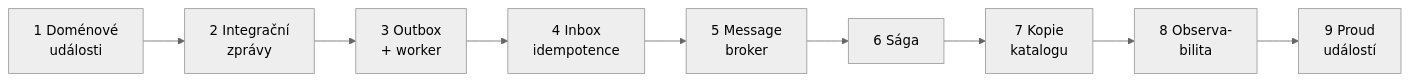
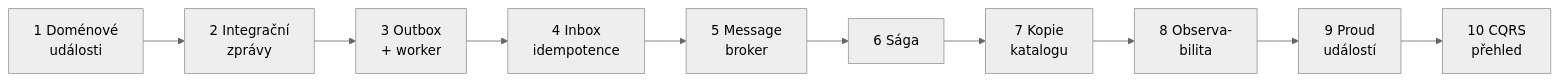
The second of 2 diagrams in docs/prirucka/eda/index.md (ftichy/MiniShop), drawn with Mermaid (neutral theme) before and after one commit. The commit also changed other lines of this file and 38 other files, not shown here.

First line of the commit message:
ESHOP STEP11: přehled tržeb pro admina (CQRS)

````diff
--- a/docs/prirucka/eda/index.md
+++ b/docs/prirucka/eda/index.md
@@ -51,15 +51,16 @@
 ```mermaid
 flowchart LR
     k1["1 Doménové<br/>události"] --> k2["2 Integrační<br/>zprávy"] --> k3["3 Outbox<br/>+ worker"] --> k4["4 Inbox<br/>idempotence"]
-    k4 --> k5["5 Message<br/>broker"] --> k6["6 Sága"] --> k7["7 Kopie<br/>katalogu"] --> k8["8 Observa-<br/>bilita"] --> k9["9 Proud<br/>událostí"]
+    k4 --> k5["5 Message<br/>broker"] --> k6["6 Sága"] --> k7["7 Kopie<br/>katalogu"] --> k8["8 Observa-<br/>bilita"] --> k9["9 Proud<br/>událostí"] --> k10["10 CQRS<br/>přehled"]
 
     click k1 "/Docs/eda/domenove-udalosti"
     click k2 "/Docs/eda/integracni-zpravy"
     click k3 "/Docs/eda/outbox"
     click k4 "/Docs/eda/inbox"
     click k5 "/Docs/eda/broker"
     click k6 "/Docs/eda/saga"
     click k7 "/Docs/eda/kopie-katalogu"
     click k8 "/Docs/eda/observabilita"
     click k9 "/Docs/eda/proud-udalosti"
+    click k10 "/Docs/eda/cqrs"
 ```
````
